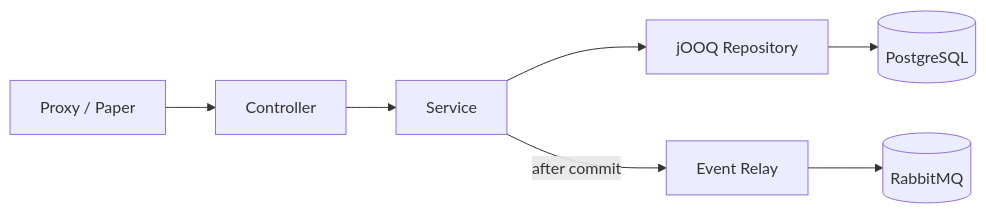
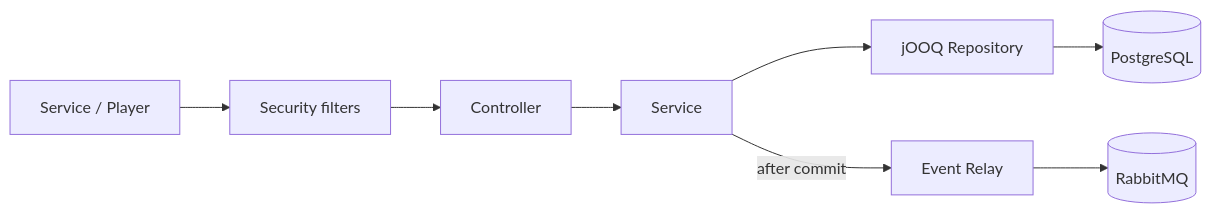
Before and after one commit to Beyond-The-Gate/btg-wiki: the first of 2 diagrams in docs/technical/backend/architecture.md, drawn with Mermaid. The commit also changed other lines of this file, not shown here.

First line of the commit message:
Enhance architecture documentation with security updates

````diff
--- a/docs/technical/backend/architecture.md
+++ b/docs/technical/backend/architecture.md
@@ -32,9 +33,10 @@
 ```mermaid
 flowchart LR
-    client[Proxy / Paper] --> controller[Controller]
+    client[Service / Player] --> security[Security filters]
+    security --> controller[Controller]
     controller --> service[Service]
     service --> repo[jOOQ Repository]
     repo --> db[(PostgreSQL)]
     service -->|after commit| relay[Event Relay]
     relay --> mq[(RabbitMQ)]
 ```
````
